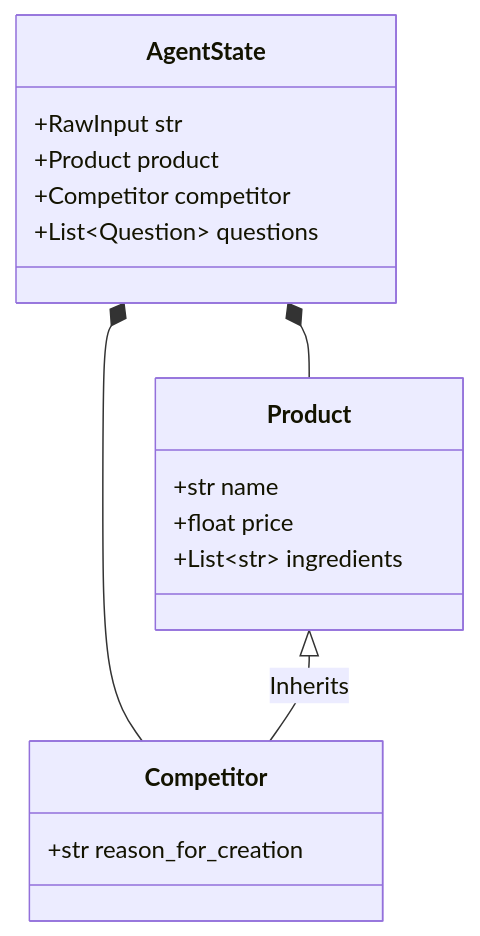
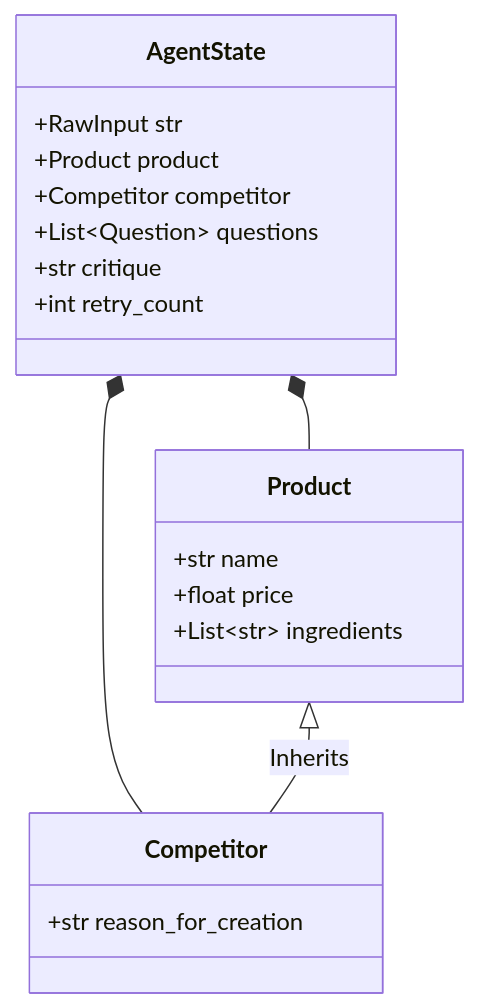
Before and after one commit to rishabhkirito/kasparro-ai-agentic-content-generation-system-rishabh-santosh: the diagram in docs/projectdocumentation.md, drawn with Mermaid. The commit also changed other lines of this file and 14 other files, not shown here.

````diff
--- a/docs/projectdocumentation.md
+++ b/docs/projectdocumentation.md
@@ -15,25 +18,26 @@
 ```mermaid
 classDiagram
-    %% This represents your Pydantic Models
     class AgentState {
         +RawInput str
         +Product product
         +Competitor competitor
         +List~Question~ questions
+        +str critique
+        +int retry_count
     }
 
     class Product {
         +str name
         +float price
         +List~str~ ingredients
     }
 
     class Competitor {
         +str reason_for_creation
     }
 
     %% Relationships
     AgentState *-- Product
     AgentState *-- Competitor
     Product <|-- Competitor : Inherits
 ```
````
